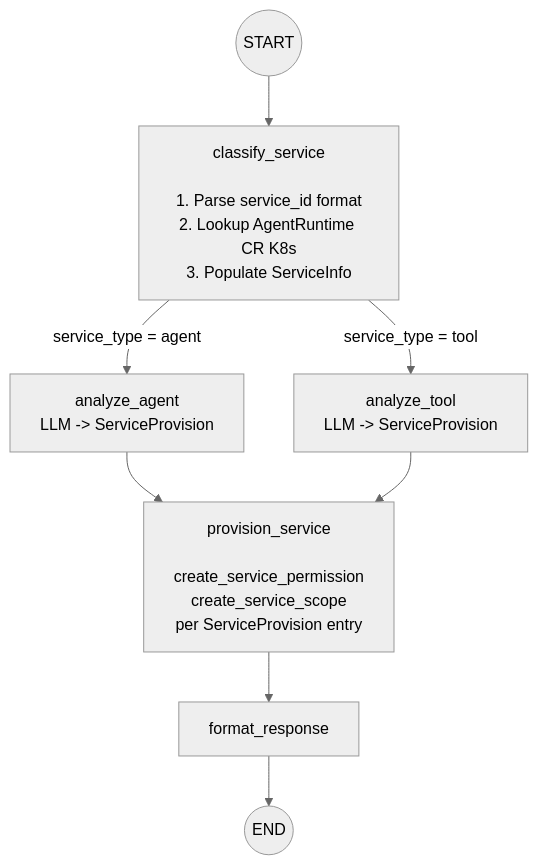
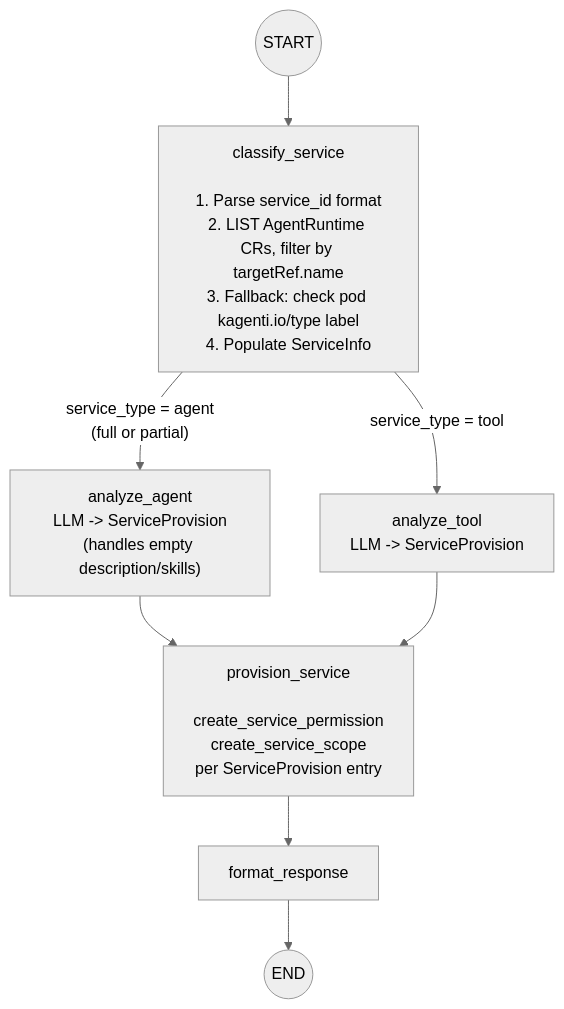
Before and after one commit to rossoctl/aiac: the second of 3 diagrams in inception/requirements/components/aiac-agent/uc1-service-onboarding.md, drawn with Mermaid (neutral theme). The commit also changed other lines of this file, not shown here.

Commit message:
docs: refine classify_service spec with AgentRuntime LIST lookup and legacy label fallback Signed-off-by: Oleg Blinder <oblinder@gmail.com>

````diff
--- a/inception/requirements/components/aiac-agent/uc1-service-onboarding.md
+++ b/inception/requirements/components/aiac-agent/uc1-service-onboarding.md
@@ -68,13 +68,13 @@
 ```mermaid
 flowchart TD
-    START(("START")) --> CLASSIFY["classify_service\n\n1. Parse service_id format\n2. Lookup AgentRuntime CR K8s\n3. Populate ServiceInfo"]
+    START(("START")) --> CLASSIFY["classify_service\n\n1. Parse service_id format\n2. LIST AgentRuntime CRs, filter by targetRef.name\n3. Fallback: check pod kagenti.io/type label\n4. Populate ServiceInfo"]
 
-    CLASSIFY -->|"service_type = agent"| ANALYZE_AGENT["analyze_agent\nLLM -> ServiceProvision"]
+    CLASSIFY -->|"service_type = agent\n(full or partial)"| ANALYZE_AGENT["analyze_agent\nLLM -> ServiceProvision\n(handles empty description/skills)"]
     CLASSIFY -->|"service_type = tool"| ANALYZE_TOOL["analyze_tool\nLLM -> ServiceProvision"]
 
     ANALYZE_AGENT --> PROVISION["provision_service\n\ncreate_service_permission\ncreate_service_scope\nper ServiceProvision entry"]
     ANALYZE_TOOL --> PROVISION
 
     PROVISION --> FORMAT["format_response"]
     FORMAT --> END(("END"))
 ```
````
